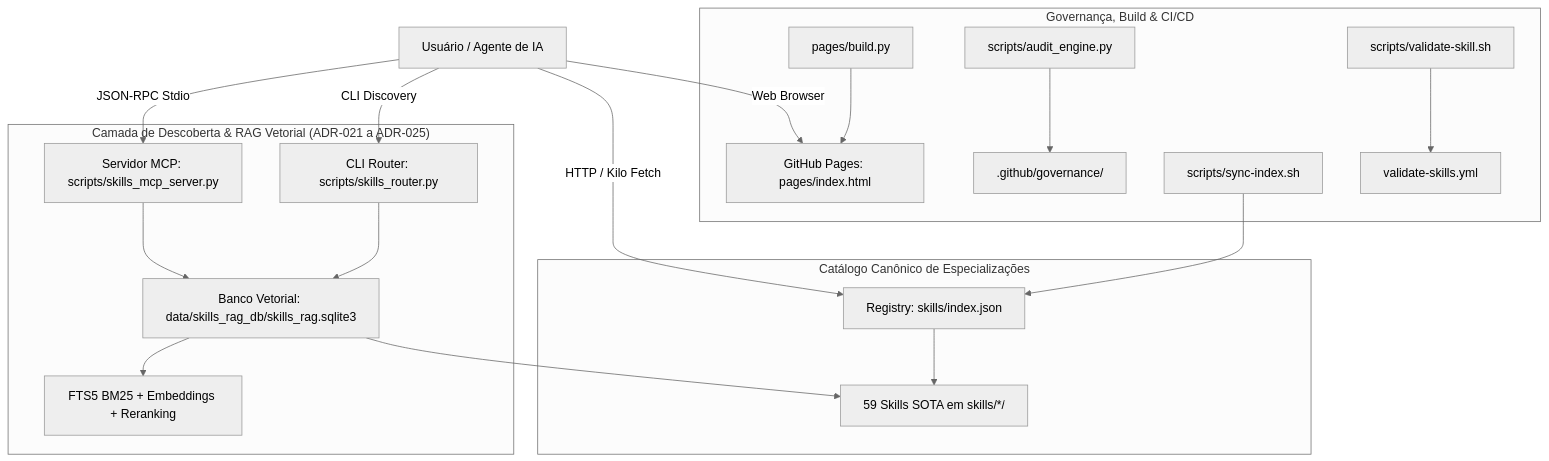
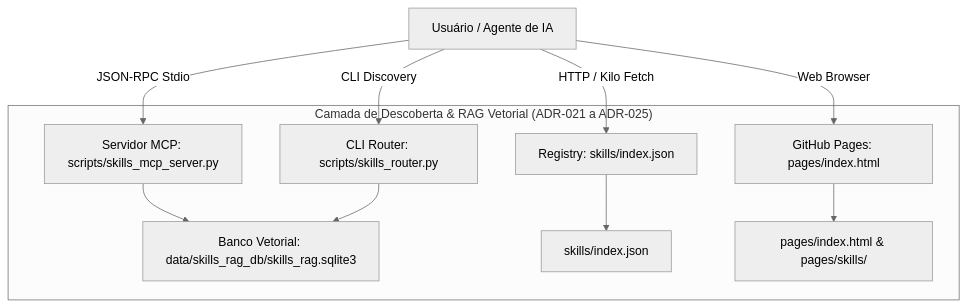
The diagram in README.md (lscheffel/ignite-agents-skills), drawn with Mermaid (neutral theme) before and after one commit. The commit also changed other lines of this file and 24 other files, not shown here.

Commit message:
feat(skills): integrate adr-architecture-elevation, sync 60-skill registry, audit and docs

````diff
--- a/README.md
+++ b/README.md
@@ -22,25 +22,14 @@
 ```mermaid
 graph TD
     A[Usuário / Agente de IA] -->|JSON-RPC Stdio| B[Servidor MCP: scripts/skills_mcp_server.py]
     A -->|CLI Discovery| C[CLI Router: scripts/skills_router.py]
     A -->|HTTP / Kilo Fetch| D[Registry: skills/index.json]
     A -->|Web Browser| E[GitHub Pages: pages/index.html]
 
     subgraph "Camada de Descoberta & RAG Vetorial (ADR-021 a ADR-025)"
         B --> F[Banco Vetorial: data/skills_rag_db/skills_rag.sqlite3]
         C --> F
-        F --> G[FTS5 BM25 + Embeddings + Reranking]
-    end
-
-    subgraph "Catálogo Canônico de Especializações"
-        D --> H[59 Skills SOTA em skills/*/]
-        F --> H
-    end
-
-    subgraph "Governança, Build & CI/CD"
-        I[scripts/audit_engine.py] --> J[.github/governance/]
-        K[scripts/sync-index.sh] --> D
-        L[pages/build.py] --> E
-        M[scripts/validate-skill.sh] --> N[validate-skills.yml]
+        D --> G[skills/index.json]
+        E --> H[pages/index.html & pages/skills/]
     end
 ```
````
